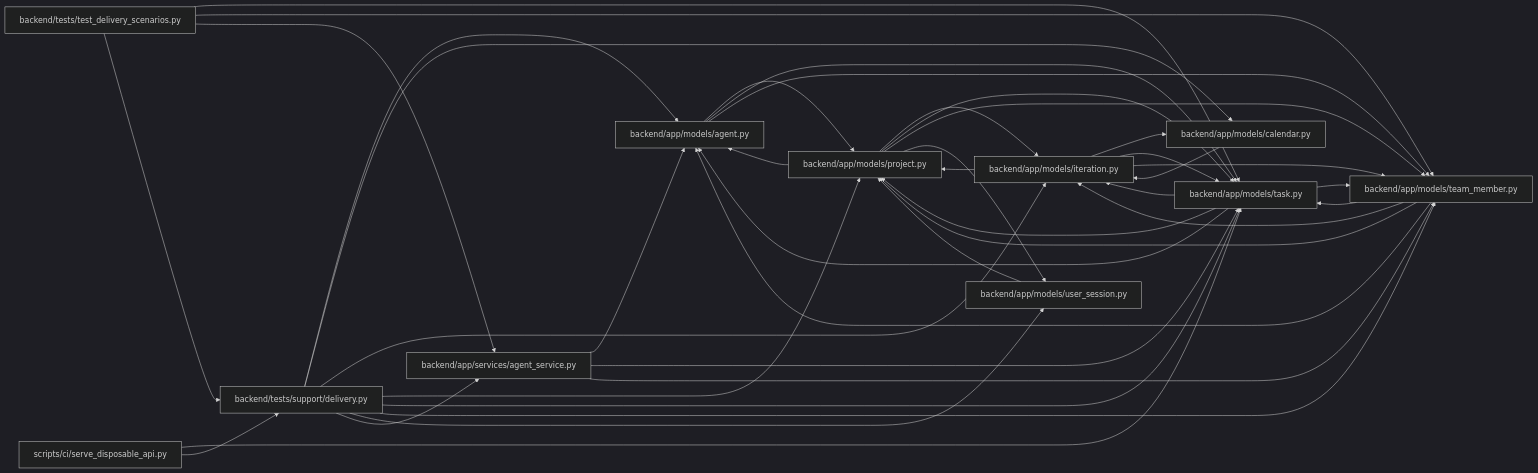
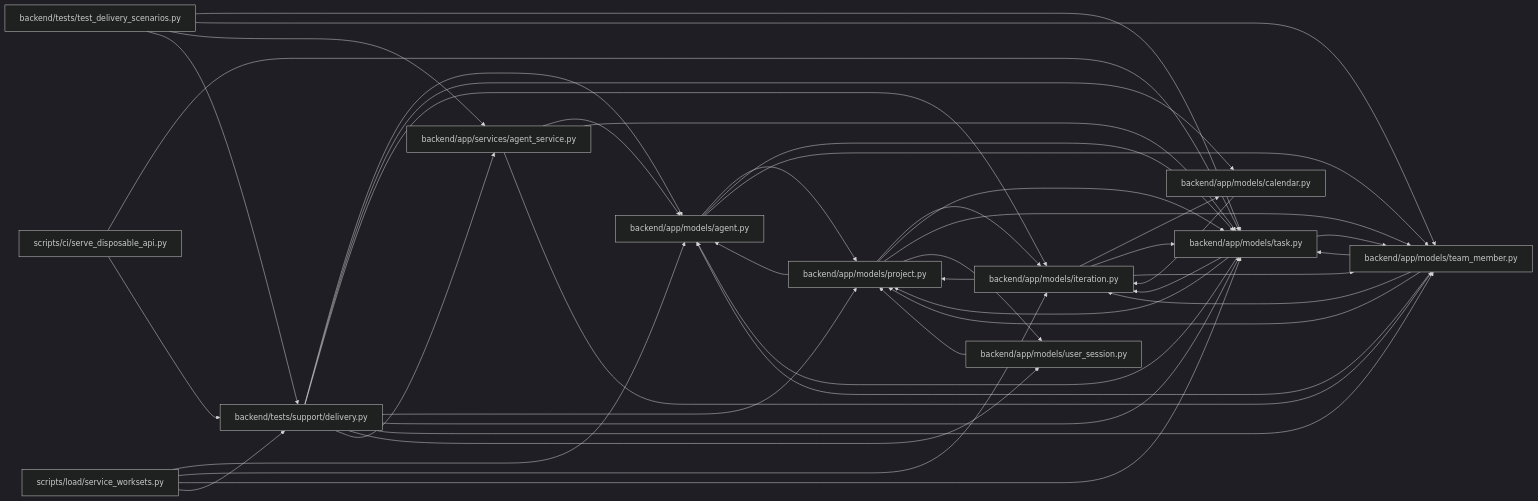
The diagram in docs/llm_wiki/modules/delivery.md (Denissvgn/WorkChord), drawn with Mermaid (dark theme) before and after one commit. The commit also changed other lines of this file and 2509 other files, not shown here.

````diff
--- a/docs/llm_wiki/modules/delivery.md
+++ b/docs/llm_wiki/modules/delivery.md
@@ -28,64 +28,70 @@
 ```mermaid
 flowchart LR
     n0["backend/app/models/agent.py"]
     n1["backend/app/models/calendar.py"]
     n2["backend/app/models/iteration.py"]
     n3["backend/app/models/project.py"]
     n4["backend/app/models/task.py"]
     n5["backend/app/models/team_member.py"]
     n6["backend/app/models/user_session.py"]
     n7["backend/app/services/agent_service.py"]
     n8["backend/tests/support/delivery.py"]
     n9["backend/tests/test_delivery_scenarios.py"]
     n10["scripts/ci/serve_disposable_api.py"]
+    n11["scripts/load/service_worksets.py"]
     n0 --> n3
     n0 --> n4
     n0 --> n5
     n1 --> n2
     n2 --> n1
     n2 --> n3
     n2 --> n4
     n2 --> n5
     n3 --> n0
     n3 --> n2
     n3 --> n4
     n3 --> n5
     n3 --> n6
     n4 --> n0
     n4 --> n2
     n4 --> n3
     n4 --> n5
     n5 --> n0
     n5 --> n2
     n5 --> n3
     n5 --> n4
     n6 --> n3
     n7 --> n0
     n7 --> n4
     n7 --> n5
     n8 --> n0
     n8 --> n1
     n8 --> n2
     n8 --> n3
     n8 --> n4
     n8 --> n5
     n8 --> n6
     n8 --> n7
     n9 --> n4
     n9 --> n5
     n9 --> n7
     n9 --> n8
     n10 --> n4
     n10 --> n8
+    n11 --> n0
+    n11 --> n2
+    n11 --> n4
+    n11 --> n8
     click n0 "../modules/models_agent.md"
     click n1 "../modules/models_calendar.md"
     click n2 "../modules/models_iteration.md"
     click n3 "../modules/models_project.md"
     click n4 "../modules/models_task.md"
     click n5 "../modules/team_member.md"
     click n6 "../modules/user_session.md"
     click n7 "../modules/agent_service.md"
     click n8 "../modules/delivery.md"
     click n9 "../modules/test_delivery_scenarios.md"
     click n10 "../modules/serve_disposable_api.md"
+    click n11 "../modules/service_worksets.md"
 ```
````
